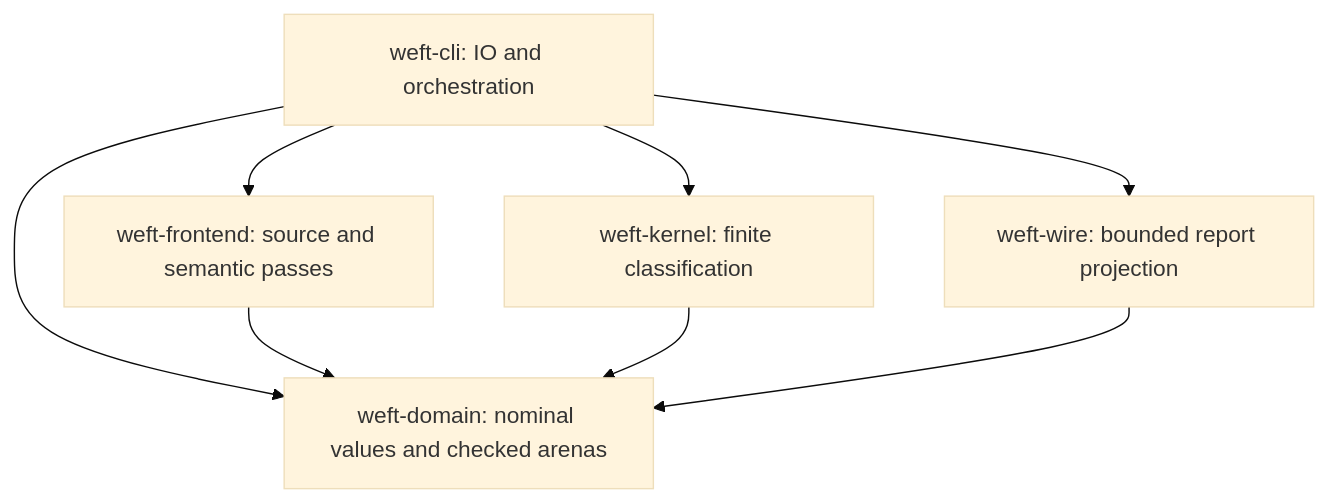
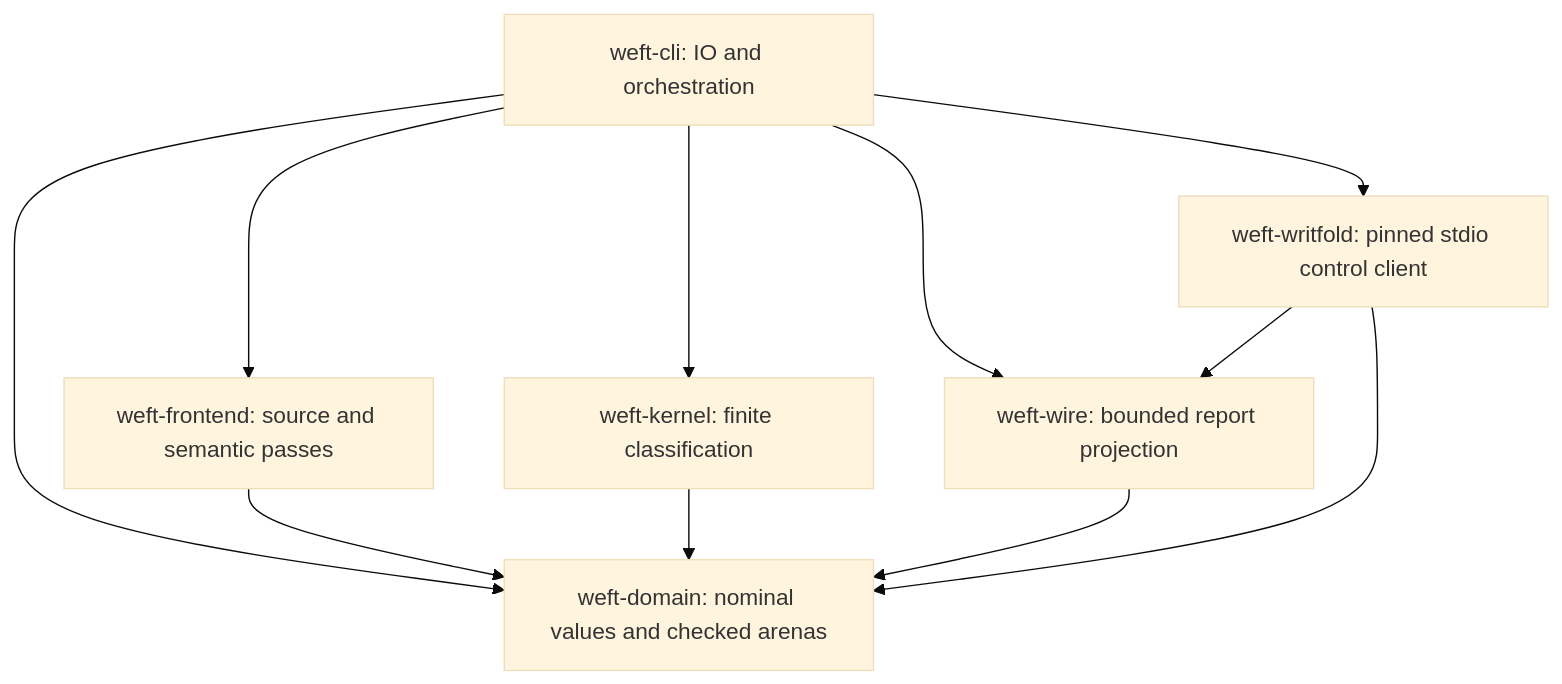
Before and after one commit to writfold-dev/weft: the diagram in docs/rust-implementation.md, drawn with Mermaid (base theme). The commit also changed other lines of this file and 36 other files, not shown here.

````diff
--- a/docs/rust-implementation.md
+++ b/docs/rust-implementation.md
@@ -29,10 +29,13 @@
 ```mermaid
 flowchart TD
   CLI[weft-cli: IO and orchestration] --> FRONT[weft-frontend: source and semantic passes]
   CLI --> KERNEL[weft-kernel: finite classification]
   CLI --> WIRE[weft-wire: bounded report projection]
+  CLI --> WRITFOLD[weft-writfold: pinned stdio control client]
   CLI --> DOMAIN[weft-domain: nominal values and checked arenas]
   FRONT --> DOMAIN
   KERNEL --> DOMAIN
   WIRE --> DOMAIN
+  WRITFOLD --> WIRE
+  WRITFOLD --> DOMAIN
 ```
````
